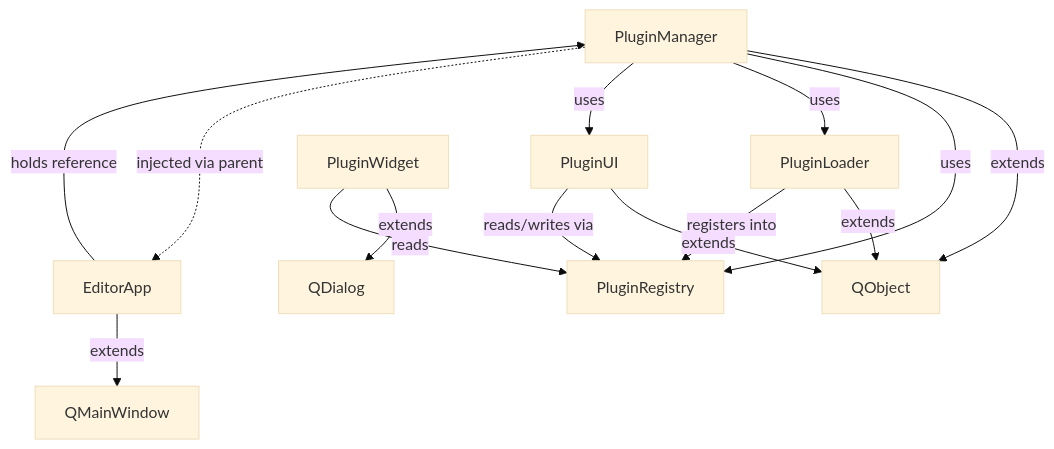
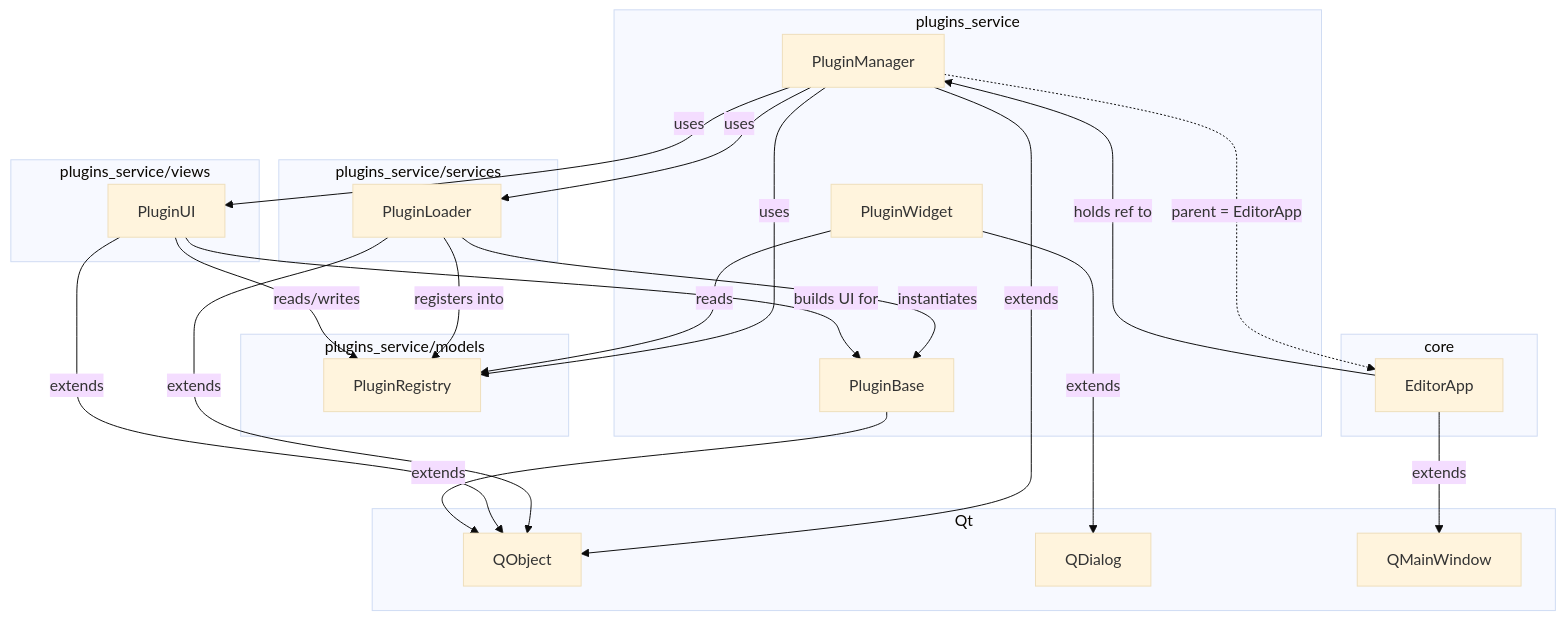
Before and after one commit to itsraskatovadina/clear-editor: the diagram in docs/dep_graph/dg_plugins_srv.md, drawn with Mermaid (base theme). The commit also changed other lines of this file and 5 other files, not shown here.

First line of the commit message:
Cosmetic fixes: tab order, menu bar init, WordCount via with_editor, update docs

````diff
--- a/docs/dep_graph/dg_plugins_srv.md
+++ b/docs/dep_graph/dg_plugins_srv.md
@@ -1,19 +1,51 @@
 ```mermaid
 graph TD
-    PluginManager[PluginManager] -->|extends| QObject
-    PluginLoader[PluginLoader] -->|extends| QObject
-    PluginUI[PluginUI] -->|extends| QObject
-    PluginWidget[PluginWidget] -->|extends| QDialog
-    EditorApp[EditorApp] -->|extends| QMainWindow
+    subgraph Qt
+        QObject[QObject]
+        QDialog[QDialog]
+        QMainWindow[QMainWindow]
+    end
+
+    subgraph plugins_service_models ["plugins_service/models"]
+        PluginRegistry[PluginRegistry]
+    end
+
+    subgraph plugins_service_services ["plugins_service/services"]
+        PluginLoader[PluginLoader]
+    end
+
+    subgraph plugins_service_views ["plugins_service/views"]
+        PluginUI[PluginUI]
+    end
+
+    subgraph plugins_service ["plugins_service"]
+        PluginManager[PluginManager]
+        PluginWidget[PluginWidget]
+        PluginBase[PluginBase]
+    end
+
+    subgraph core_app ["core"]
+        EditorApp[EditorApp]
+    end
+
+    PluginManager -->|extends| QObject
+    PluginLoader -->|extends| QObject
+    PluginUI -->|extends| QObject
+    PluginWidget -->|extends| QDialog
+    EditorApp -->|extends| QMainWindow
+    PluginBase -->|extends| QObject
 
     PluginManager -->|uses| PluginRegistry
     PluginManager -->|uses| PluginLoader
     PluginManager -->|uses| PluginUI
-    PluginManager ..->|injected via parent| EditorApp
+    PluginManager ..->|parent = EditorApp| EditorApp
 
     PluginLoader -->|registers into| PluginRegistry
-    PluginUI -->|reads/writes via| PluginRegistry
+    PluginUI -->|reads/writes| PluginRegistry
     PluginWidget -->|reads| PluginRegistry
 
-    EditorApp -->|holds reference| PluginManager
+    PluginLoader -->|instantiates| PluginBase
+    PluginUI -->|builds UI for| PluginBase
+
+    EditorApp -->|holds ref to| PluginManager
 ```
````
